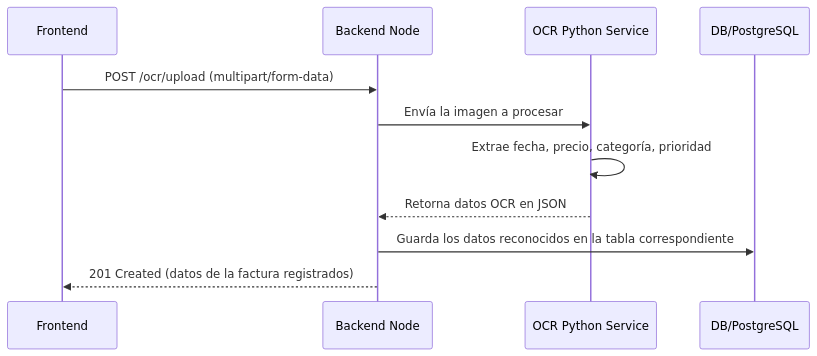
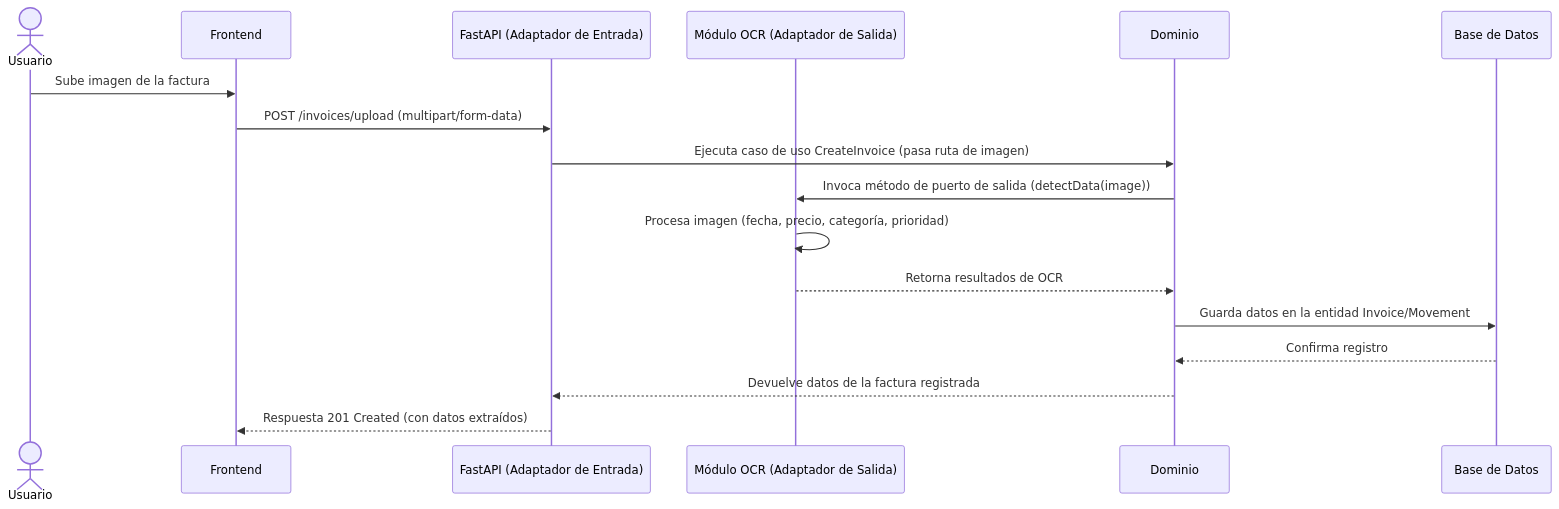
Before and after one commit to sasanchezramirez/gauge-life: the diagram in gauge-implications/cash-flow/model.md, drawn with Mermaid. The commit also changed other lines of this file and 2 other files, not shown here.

```diff
--- a/gauge-implications/cash-flow/model.md
+++ b/gauge-implications/cash-flow/model.md
@@ -72,14 +81,20 @@
 ~~~mermaid
 sequenceDiagram
+    actor U as Usuario
     participant F as Frontend
-    participant NB as Backend Node
-    participant OCR as OCR Python Service
-    participant DB as DB/PostgreSQL
+    participant API as FastAPI (Adaptador de Entrada)
+    participant OCR as Módulo OCR (Adaptador de Salida)
+    participant D as Dominio
+    participant DB as Base de Datos
     
-    F->>NB: POST /ocr/upload (multipart/form-data)
-    NB->>OCR: Envía la imagen a procesar
-    OCR->>OCR: Extrae fecha, precio, categoría, prioridad
-    OCR-->>NB: Retorna datos OCR en JSON
-    NB->>DB: Guarda los datos reconocidos en la tabla correspondiente
-    NB-->>F: 201 Created (datos de la factura registrados)
+    U->>F: Sube imagen de la factura
+    F->>API: POST /invoices/upload (multipart/form-data)
+    API->>D: Ejecuta caso de uso CreateInvoice (pasa ruta de imagen)
+    D->>OCR: Invoca método de puerto de salida (detectData(image))
+    OCR->>OCR: Procesa imagen (fecha, precio, categoría, prioridad)
+    OCR-->>D: Retorna resultados de OCR
+    D->>DB: Guarda datos en la entidad Invoice/Movement
+    DB-->>D: Confirma registro
+    D-->>API: Devuelve datos de la factura registrada
+    API-->>F: Respuesta 201 Created (con datos extraídos)
 ~~~
```
